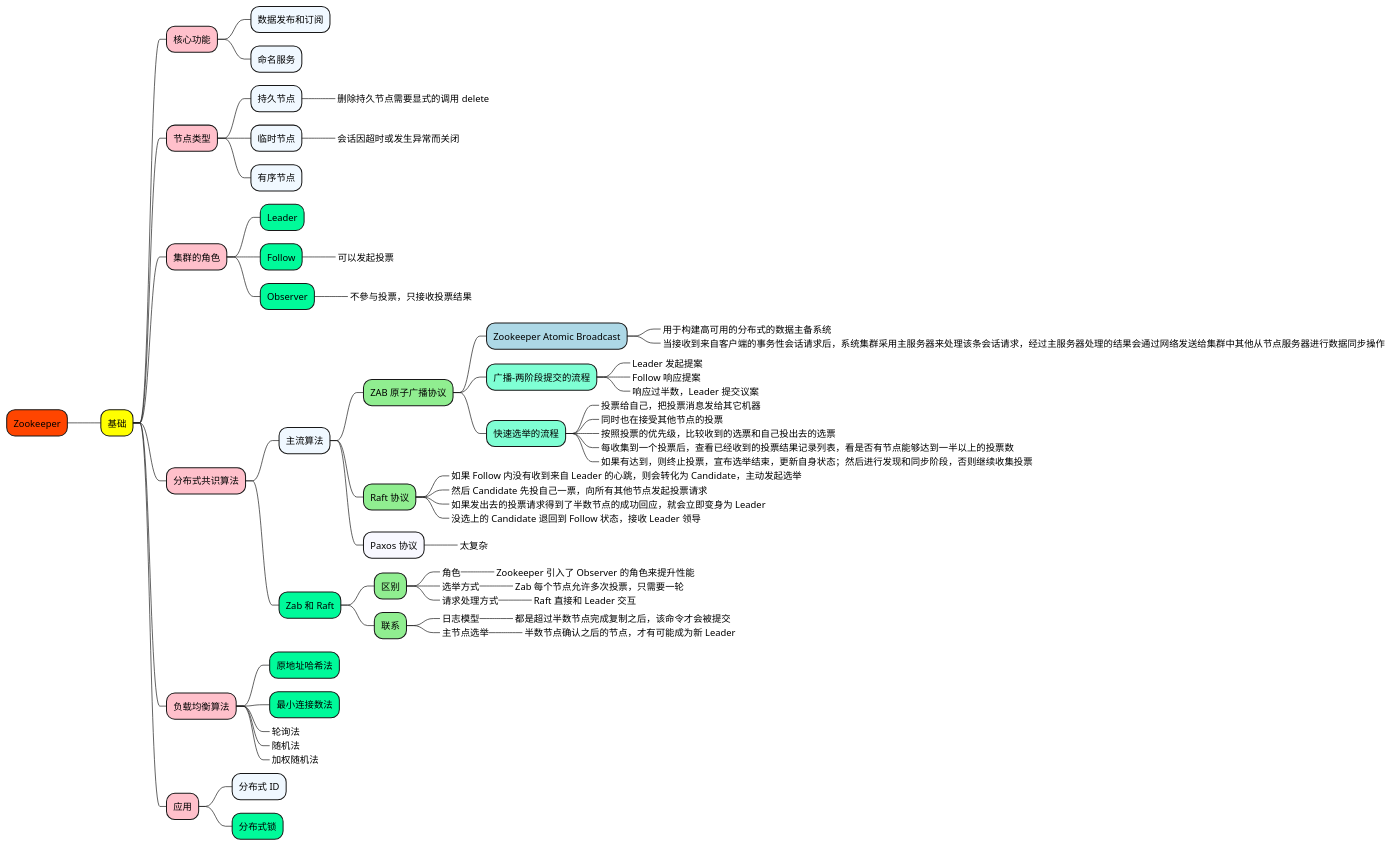
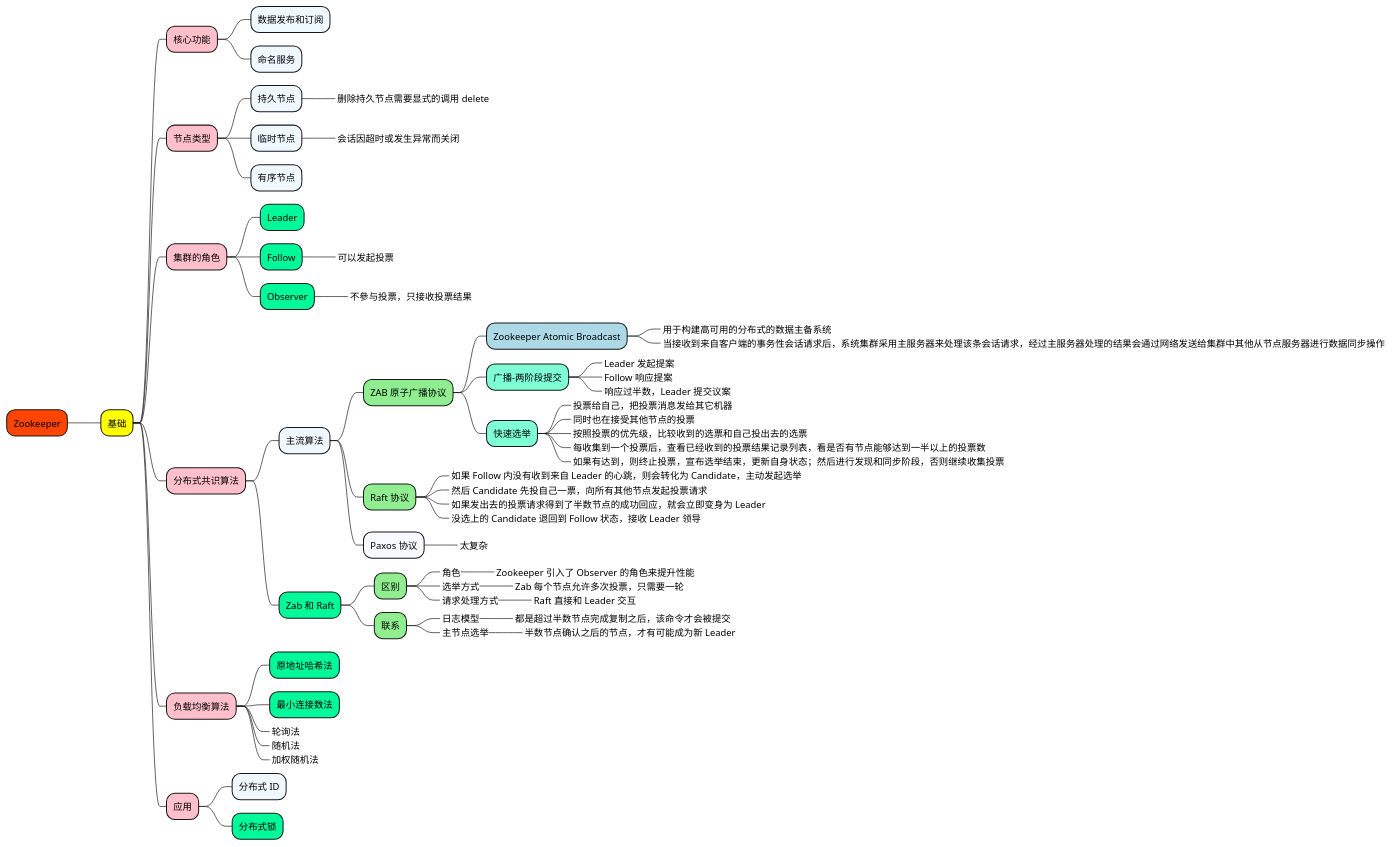
Before and after one commit to doveg/self-cultivation-of-a-software-engineer: the diagram in 1_map/middleware/Zookeeper.puml, drawn with PlantUML. The commit also changed 19 other files, not shown here.

```diff
--- a/1_map/middleware/Zookeeper.puml
+++ b/1_map/middleware/Zookeeper.puml
@@ -1,93 +1,93 @@
 @startmindmap
 
 +[#OrangeRed] Zookeeper
 
 ++[#yellow] 基础
 
 +++[#Pink] 核心功能
 
 ++++[#AliceBlue] 数据发布和订阅
 ++++[#AliceBlue] 命名服务
 
 
 +++[#Pink] 节点类型
 
 ++++[#AliceBlue] 持久节点
 +++++[#GhostWhite]_ 删除持久节点需要显式的调用 delete
 ++++[#AliceBlue] 临时节点
 +++++[#GhostWhite]_ 会话因超时或发生异常而关闭
 ++++[#AliceBlue] 有序节点
 
 
 +++[#Pink] 集群的角色
 
 ++++[#MediumSpringGreen] Leader
 ++++[#MediumSpringGreen] Follow
 +++++[#LightGreen]_ 可以发起投票
 ++++[#MediumSpringGreen] Observer
 +++++[#LightGreen]_ 不參与投票，只接收投票结果
 
 
 +++[#Pink] 分布式共识算法
 
 ++++[#AliceBlue] 主流算法
 
 +++++[#LightGreen] ZAB 原子广播协议
 ++++++[#LightBlue] Zookeeper Atomic Broadcast
 +++++++[#Aquamarine]_ 用于构建高可用的分布式的数据主备系统
 +++++++[#Aquamarine]_ 当接收到来自客户端的事务性会话请求后，系统集群采用主服务器来处理该条会话请求，经过主服务器处理的结果会通过网络发送给集群中其他从节点服务器进行数据同步操作
 
-++++++[#Aquamarine] 广播-两阶段提交的流程
+++++++[#Aquamarine] 广播-两阶段提交
 +++++++[#Aquamarine]_ Leader 发起提案
 +++++++[#Aquamarine]_ Follow 响应提案
 +++++++[#Aquamarine]_ 响应过半数，Leader 提交议案
 
-++++++[#Aquamarine] 快速选举的流程
+++++++[#Aquamarine] 快速选举
 +++++++[#Aquamarine]_ 投票给自己，把投票消息发给其它机器
 +++++++[#Aquamarine]_ 同时也在接受其他节点的投票
 +++++++[#Aquamarine]_ 按照投票的优先级，比较收到的选票和自己投出去的选票
 +++++++[#Aquamarine]_ 每收集到一个投票后，查看已经收到的投票结果记录列表，看是否有节点能够达到一半以上的投票数
 +++++++[#Aquamarine]_ 如果有达到，则终止投票，宣布选举结束，更新自身状态；然后进行发现和同步阶段，否则继续收集投票
 
 +++++[#LightGreen] Raft 协议
 ++++++[#LightBlue]_ 如果 Follow 内没有收到来自 Leader 的心跳，则会转化为 Candidate，主动发起选举
 ++++++[#LightBlue]_ 然后 Candidate 先投自己一票，向所有其他节点发起投票请求
 ++++++[#LightBlue]_ 如果发出去的投票请求得到了半数节点的成功回应，就会立即变身为 Leader
 ++++++[#LightBlue]_ 没选上的 Candidate 退回到 Follow 状态，接收 Leader 领导
 
 +++++[#GhostWhite] Paxos 协议
 ++++++[#LightBlue]_ 太复杂
 
 ++++[#MediumSpringGreen] Zab 和 Raft
 
 +++++[#LightGreen] 区别
 ++++++[#Aquamarine]_ 角色
 +++++++[#Aquamarine]_ Zookeeper 引入了 Observer 的角色来提升性能
 ++++++[#Aquamarine]_ 选举方式
 +++++++[#Aquamarine]_ Zab 每个节点允许多次投票，只需要一轮
 ++++++[#Aquamarine]_ 请求处理方式
 +++++++[#Aquamarine]_ Raft 直接和 Leader 交互
 
 +++++[#LightGreen] 联系
 ++++++[#Aquamarine]_ 日志模型
 +++++++[#Aquamarine]_ 都是超过半数节点完成复制之后，该命令才会被提交
 ++++++[#Aquamarine]_ 主节点选举
 +++++++[#Aquamarine]_ 半数节点确认之后的节点，才有可能成为新 Leader
 
 
 +++[#Pink] 负载均衡算法
 
 ++++[#MediumSpringGreen] 原地址哈希法
 ++++[#MediumSpringGreen] 最小连接数法
 ++++[#AliceBlue]_ 轮询法
 ++++[#AliceBlue]_ 随机法
 ++++[#AliceBlue]_ 加权随机法
 
 
 +++[#Pink] 应用
 
 ++++[#AliceBlue] 分布式 ID
 ++++[#MediumSpringGreen] 分布式锁
 
 
 @endmindmap
```
